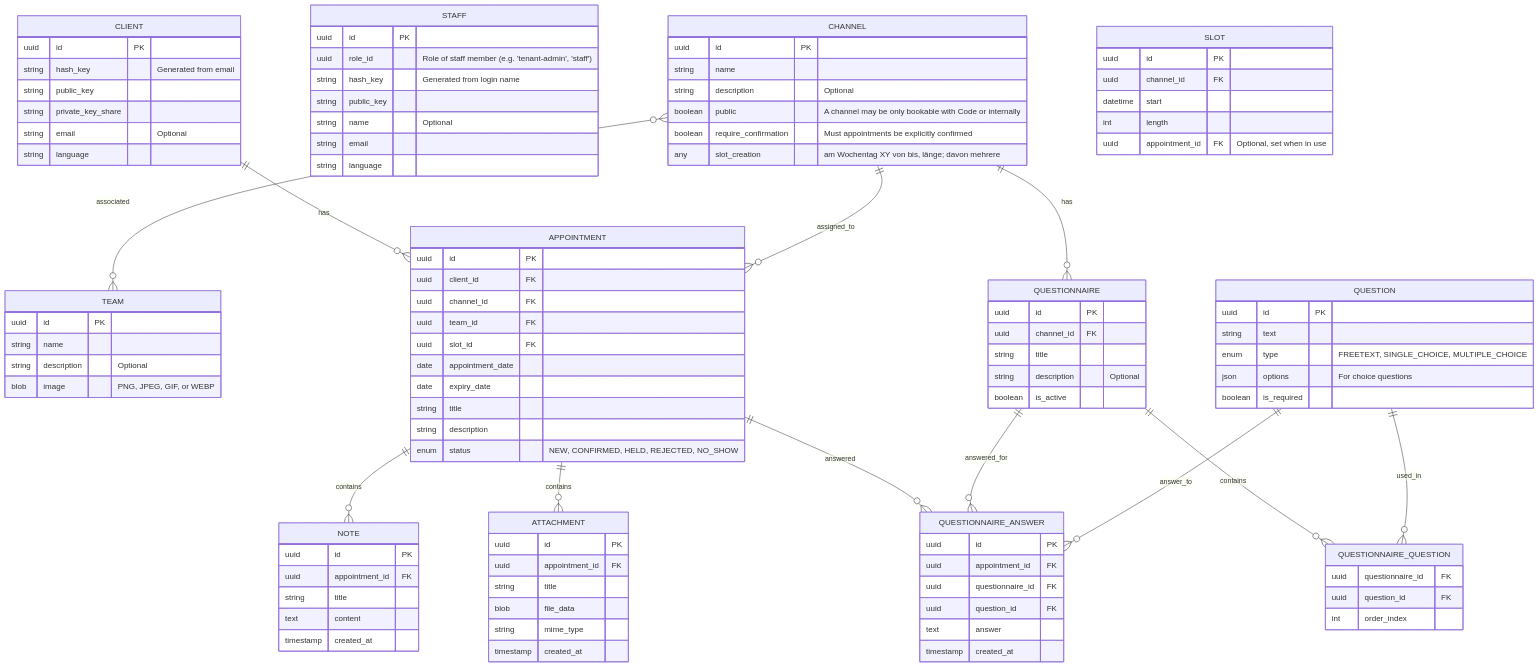
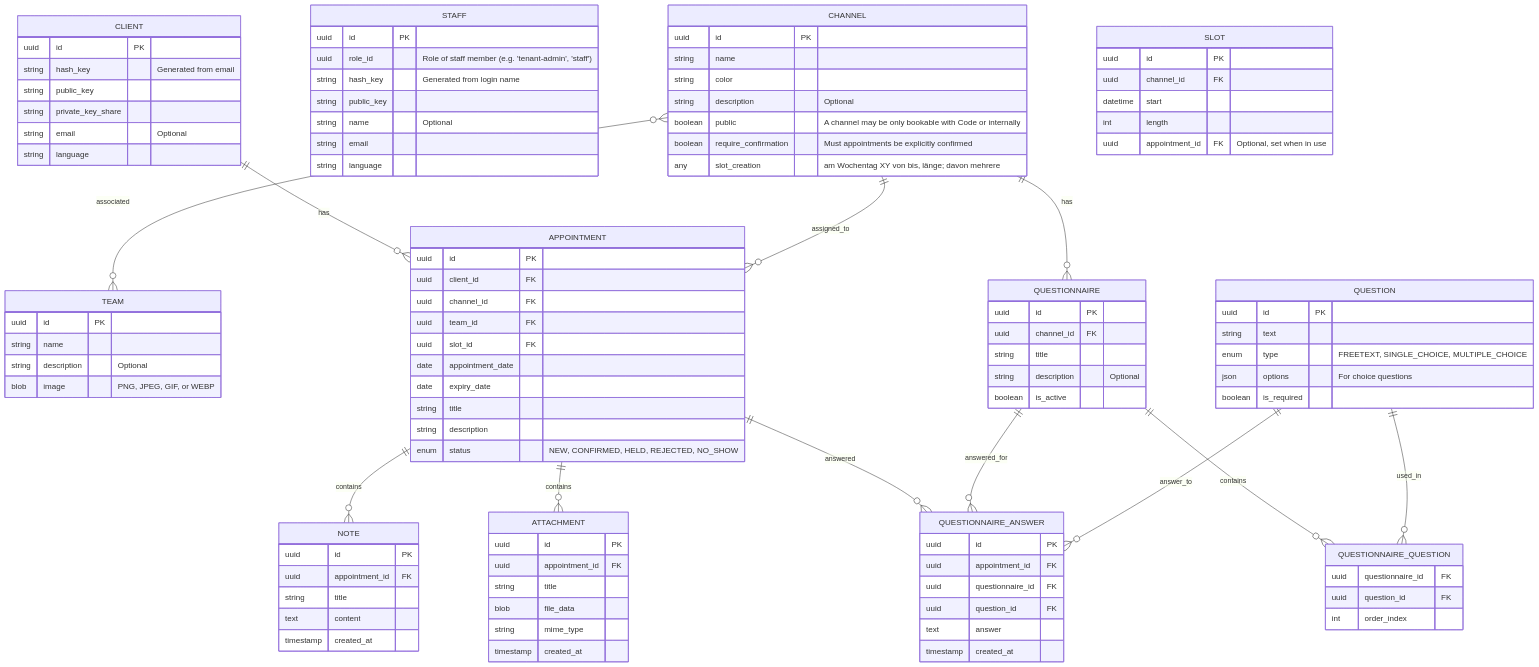
One commit to open-reception/appointment-booking-software changed the second of 2 diagrams in docs/entity-relationship-diagram.md. Above: the diagram before and after it, drawn with Mermaid. The commit also changed 11 other files, not shown here.

```diff
--- a/docs/entity-relationship-diagram.md
+++ b/docs/entity-relationship-diagram.md
@@ -92,6 +92,7 @@
     CHANNEL {
         uuid id PK
         string name
+        string color
         string description "Optional"
         boolean public "A channel may be only bookable with Code or internally"
         boolean require_confirmation "Must appointments be explicitly confirmed"
```
